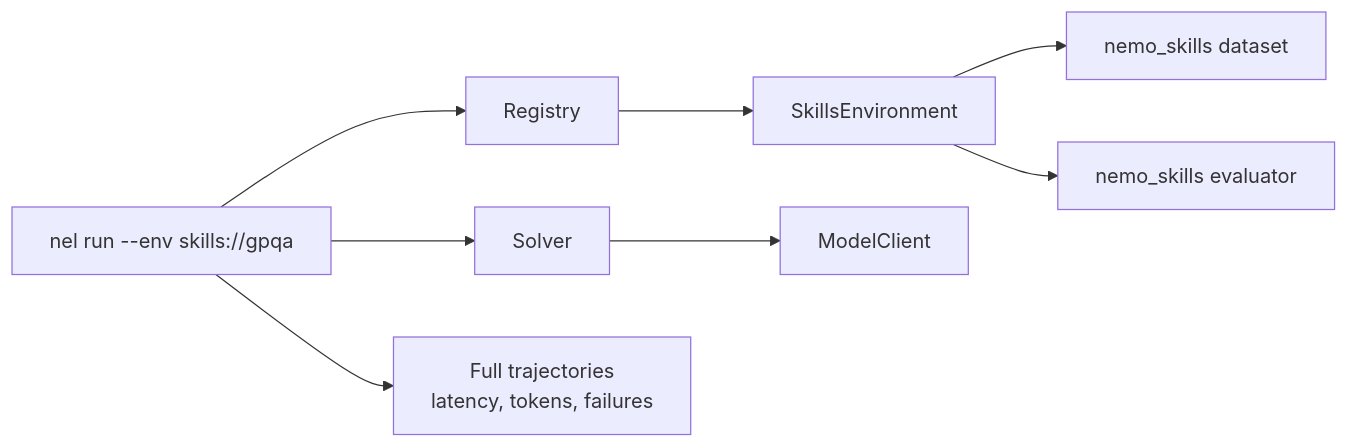
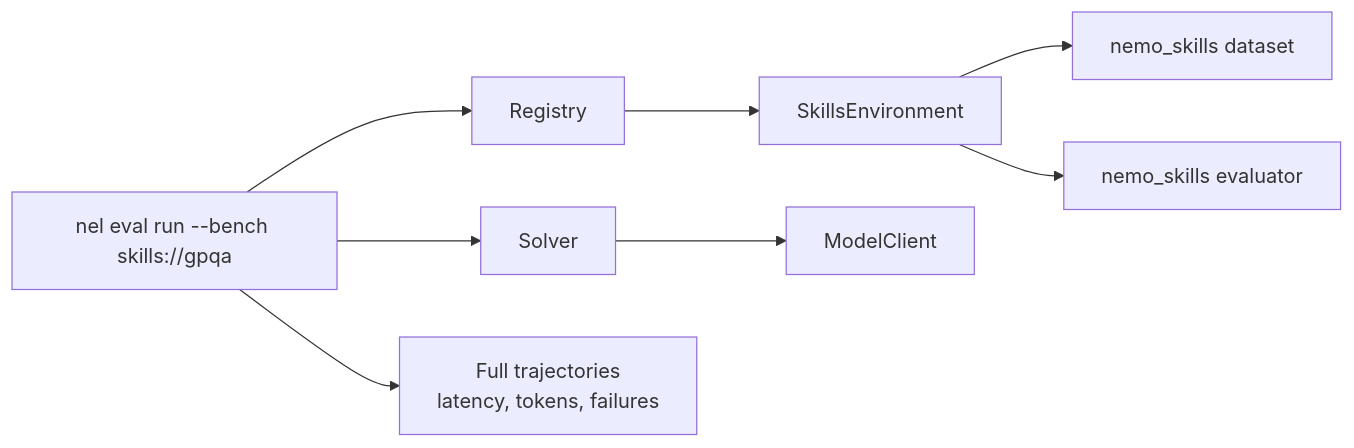
The first of 2 diagrams in docs/tutorials/skills-integration.md (NVIDIA-NeMo/Evaluator), drawn with Mermaid before and after one commit. The commit also changed other lines of this file and 84 other files, not shown here.

````diff
--- a/docs/tutorials/skills-integration.md
+++ b/docs/tutorials/skills-integration.md
@@ -29,10 +29,10 @@
 ```{mermaid}
 flowchart LR
-    NEL["nel run --env skills://gpqa"] --> REG["Registry"]
+    NEL["nel eval run --bench skills://gpqa"] --> REG["Registry"]
     REG --> SE["SkillsEnvironment"]
     SE --> DS["nemo_skills dataset"]
     SE --> EVAL["nemo_skills evaluator"]
     NEL --> SOLVER["Solver"]
     SOLVER --> MC["ModelClient"]
     NEL --> OBS["Full trajectories<br/>latency, tokens, failures"]
 ```
````
